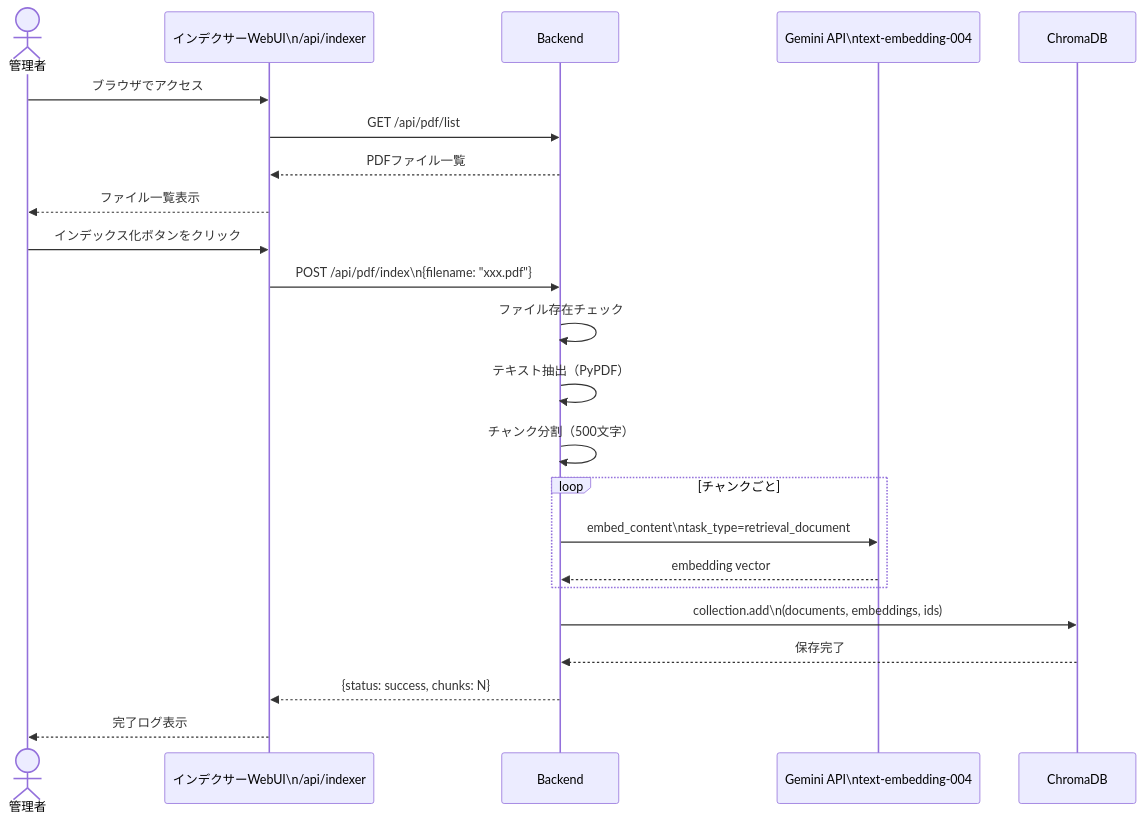
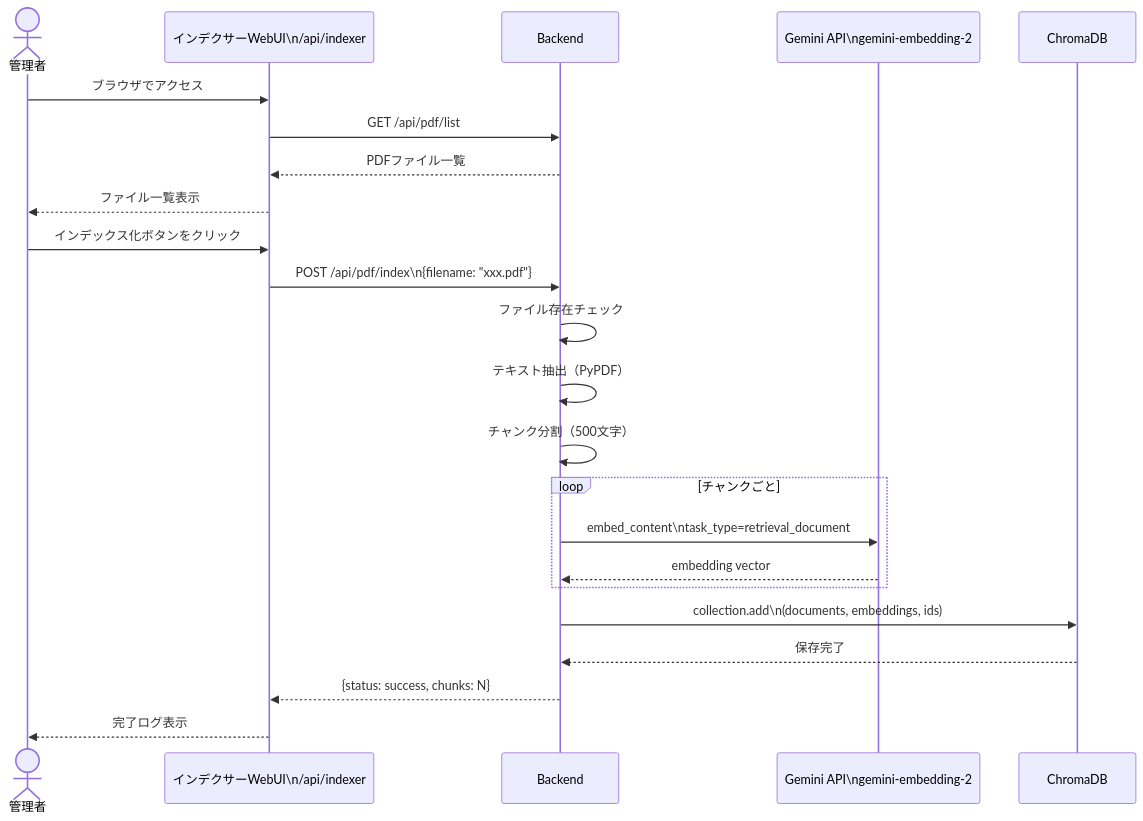
One commit to redmine54/ai_chat changed the second of 5 diagrams in docs/design/sequence_diagrams.md. Above: the diagram before and after it, drawn with Mermaid. The commit also changed other lines of this file and 10 other files, not shown here.

````diff
--- a/docs/design/sequence_diagrams.md
+++ b/docs/design/sequence_diagrams.md
@@ -31,27 +31,27 @@
 ```mermaid
 sequenceDiagram
     actor Admin as 管理者
     participant UI as インデクサーWebUI\n/api/indexer
     participant BE as Backend
-    participant Gemini as Gemini API\ntext-embedding-004
+    participant Gemini as Gemini API\ngemini-embedding-2
     participant DB as ChromaDB
 
     Admin->>UI: ブラウザでアクセス
     UI->>BE: GET /api/pdf/list
     BE-->>UI: PDFファイル一覧
     UI-->>Admin: ファイル一覧表示
 
     Admin->>UI: インデックス化ボタンをクリック
     UI->>BE: POST /api/pdf/index\n{filename: "xxx.pdf"}
     BE->>BE: ファイル存在チェック
     BE->>BE: テキスト抽出（PyPDF）
     BE->>BE: チャンク分割（500文字）
     loop チャンクごと
         BE->>Gemini: embed_content\ntask_type=retrieval_document
         Gemini-->>BE: embedding vector
     end
     BE->>DB: collection.add\n(documents, embeddings, ids)
     DB-->>BE: 保存完了
     BE-->>UI: {status: success, chunks: N}
     UI-->>Admin: 完了ログ表示
 ```
````
